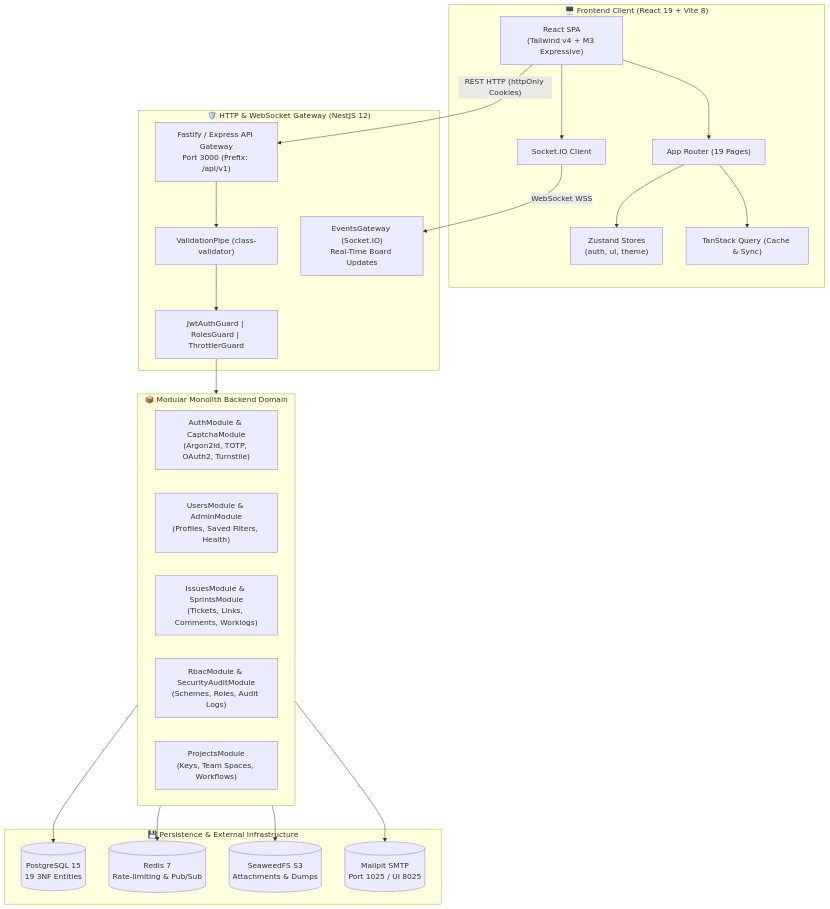
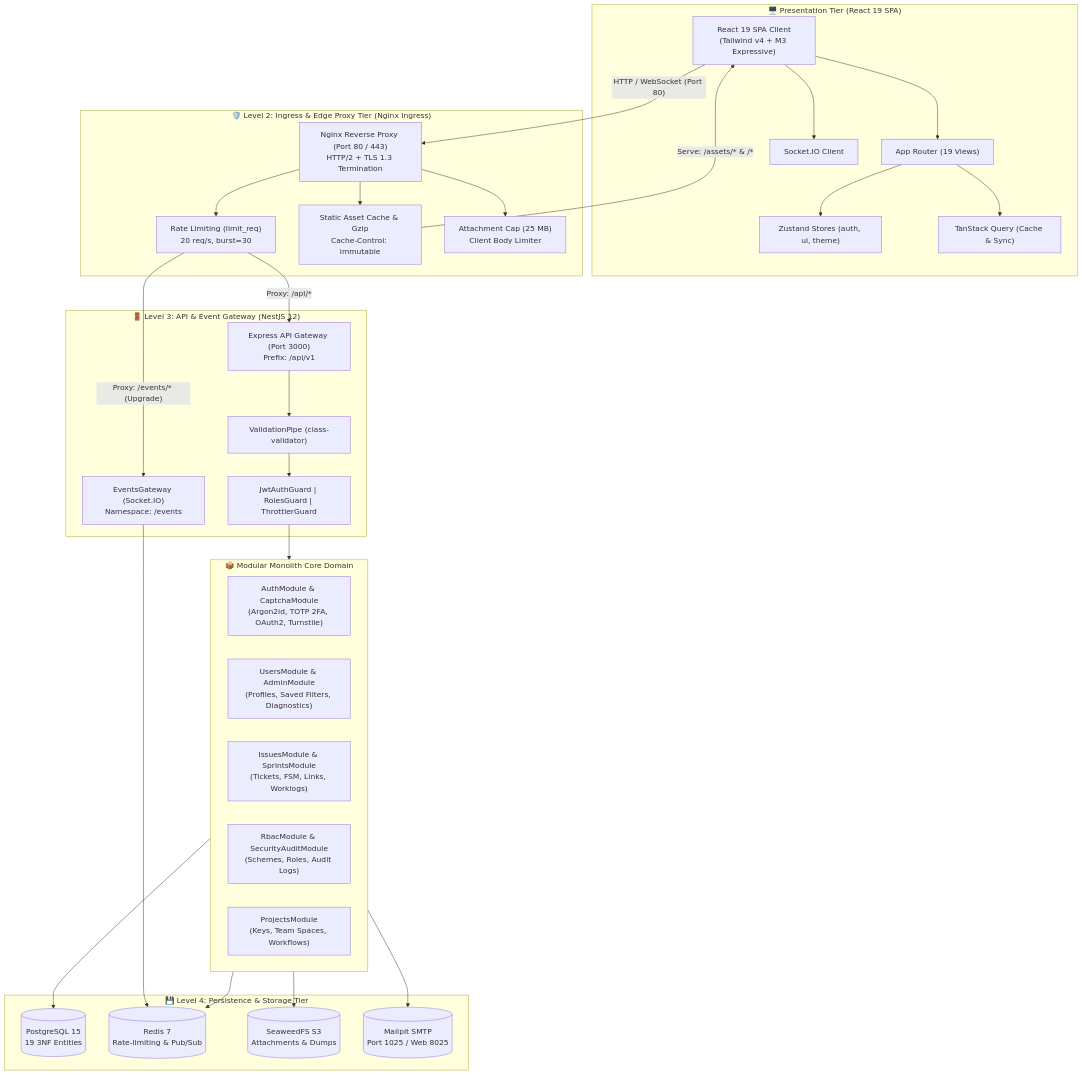
The diagram in documentation/architecture/diagrams/system_architecture.mmd (finkord/bug-tracker), drawn with Mermaid before and after one commit. The commit also changed 13 other files, not shown here.

First line of the commit message:
feat(docker): integrate nginx ingress proxy and m3 mermaid styling configs

```diff
--- a/documentation/architecture/diagrams/system_architecture.mmd
+++ b/documentation/architecture/diagrams/system_architecture.mmd
@@ -1,45 +1,59 @@
 graph TB
-    subgraph ClientLayer["🖥️ Frontend Client (React 19 + Vite 8)"]
-        SPA["React SPA<br/>(Tailwind v4 + M3 Expressive)"]
-        Router["App Router (19 Pages)"]
-        Stores["Zustand Stores<br/>(auth, ui, theme)"]
+    subgraph ClientTier["🖥️ Presentation Tier (React 19 SPA)"]
+        SPA["React 19 SPA Client<br/>(Tailwind v4 + M3 Expressive)"]
+        Router["App Router (19 Views)"]
+        Stores["Zustand Stores (auth, ui, theme)"]
         Query["TanStack Query (Cache & Sync)"]
         WSClient["Socket.IO Client"]
         SPA --> Router
         Router --> Stores
         Router --> Query
         SPA --> WSClient
     end
 
-    subgraph GatewayLayer["🛡️ HTTP & WebSocket Gateway (NestJS 12)"]
-        Main["Fastify / Express API Gateway<br/>Port 3000 (Prefix: /api/v1)"]
+    subgraph IngressTier["🛡️ Level 2: Ingress & Edge Proxy Tier (Nginx Ingress)"]
+        Nginx["Nginx Reverse Proxy (Port 80 / 443)<br/>HTTP/2 + TLS 1.3 Termination"]
+        RateLimit["Rate Limiting (limit_req)<br/>20 req/s, burst=30"]
+        StaticCache["Static Asset Cache & Gzip<br/>Cache-Control: immutable"]
+        BodyCap["Attachment Cap (25 MB)<br/>Client Body Limiter"]
+        Nginx --> RateLimit
+        Nginx --> StaticCache
+        Nginx --> BodyCap
+    end
+
+    subgraph GatewayTier["🚪 Level 3: API & Event Gateway (NestJS 12)"]
+        Main["Express API Gateway (Port 3000)<br/>Prefix: /api/v1"]
         Pipes["ValidationPipe (class-validator)"]
         Guards["JwtAuthGuard | RolesGuard | ThrottlerGuard"]
-        Gateway["EventsGateway (Socket.IO)<br/>Real-Time Board Updates"]
+        EventsGW["EventsGateway (Socket.IO)<br/>Namespace: /events"]
         Main --> Pipes
         Pipes --> Guards
     end
 
-    subgraph BackendModules["📦 Modular Monolith Backend Domain"]
-        AuthM["AuthModule & CaptchaModule<br/>(Argon2id, TOTP, OAuth2, Turnstile)"]
-        UserM["UsersModule & AdminModule<br/>(Profiles, Saved Filters, Health)"]
-        IssueM["IssuesModule & SprintsModule<br/>(Tickets, Links, Comments, Worklogs)"]
+    subgraph CoreModules["📦 Modular Monolith Core Domain"]
+        AuthM["AuthModule & CaptchaModule<br/>(Argon2id, TOTP 2FA, OAuth2, Turnstile)"]
+        UserM["UsersModule & AdminModule<br/>(Profiles, Saved Filters, Diagnostics)"]
+        IssueM["IssuesModule & SprintsModule<br/>(Tickets, FSM, Links, Worklogs)"]
         RbacM["RbacModule & SecurityAuditModule<br/>(Schemes, Roles, Audit Logs)"]
         ProjM["ProjectsModule<br/>(Keys, Team Spaces, Workflows)"]
     end
 
-    subgraph DataLayer["💾 Persistence & External Infrastructure"]
+    subgraph DataTier["💾 Level 4: Persistence & Storage Tier"]
         Postgres[("PostgreSQL 15<br/>19 3NF Entities")]
         RedisCache[("Redis 7<br/>Rate-limiting & Pub/Sub")]
         Seaweed[("SeaweedFS S3<br/>Attachments & Dumps")]
-        Mailpit[("Mailpit SMTP<br/>Port 1025 / UI 8025")]
+        Mailpit[("Mailpit SMTP<br/>Port 1025 / Web 8025")]
     end
 
-    SPA -- "REST HTTP (httpOnly Cookies)" --> Main
-    WSClient -- "WebSocket WSS" --> Gateway
-    Guards --> BackendModules
+    SPA -- "HTTP / WebSocket (Port 80)" --> Nginx
+    RateLimit -- "Proxy: /api/*" --> Main
+    RateLimit -- "Proxy: /events/* (Upgrade)" --> EventsGW
+    StaticCache -- "Serve: /assets/* & /*" --> SPA
 
-    BackendModules --> Postgres
-    BackendModules --> RedisCache
-    BackendModules --> Seaweed
-    BackendModules --> Mailpit
+    Guards --> CoreModules
+    EventsGW --> RedisCache
+
+    CoreModules --> Postgres
+    CoreModules --> RedisCache
+    CoreModules --> Seaweed
+    CoreModules --> Mailpit
```
